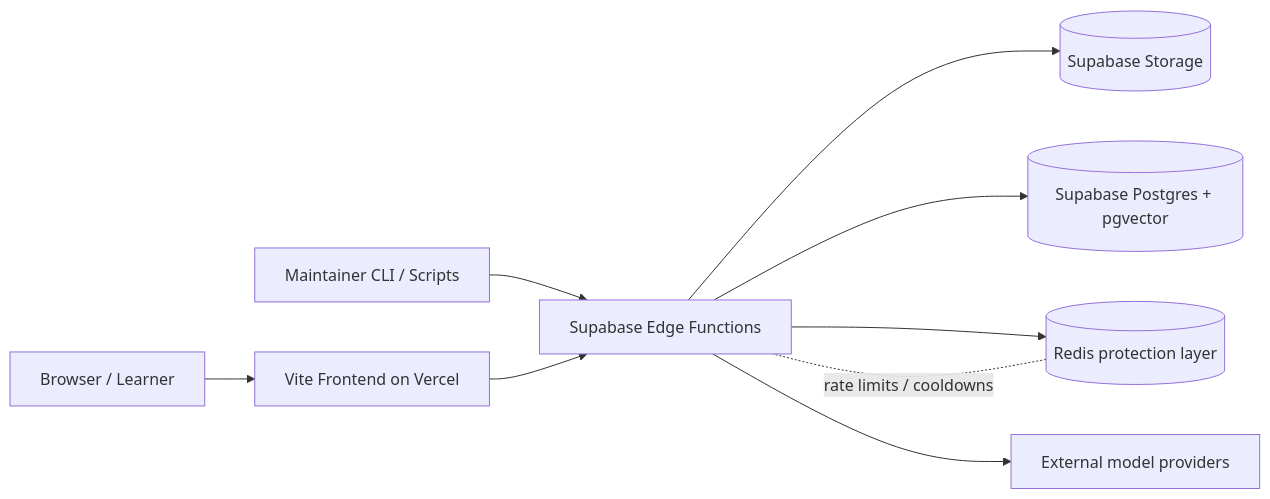
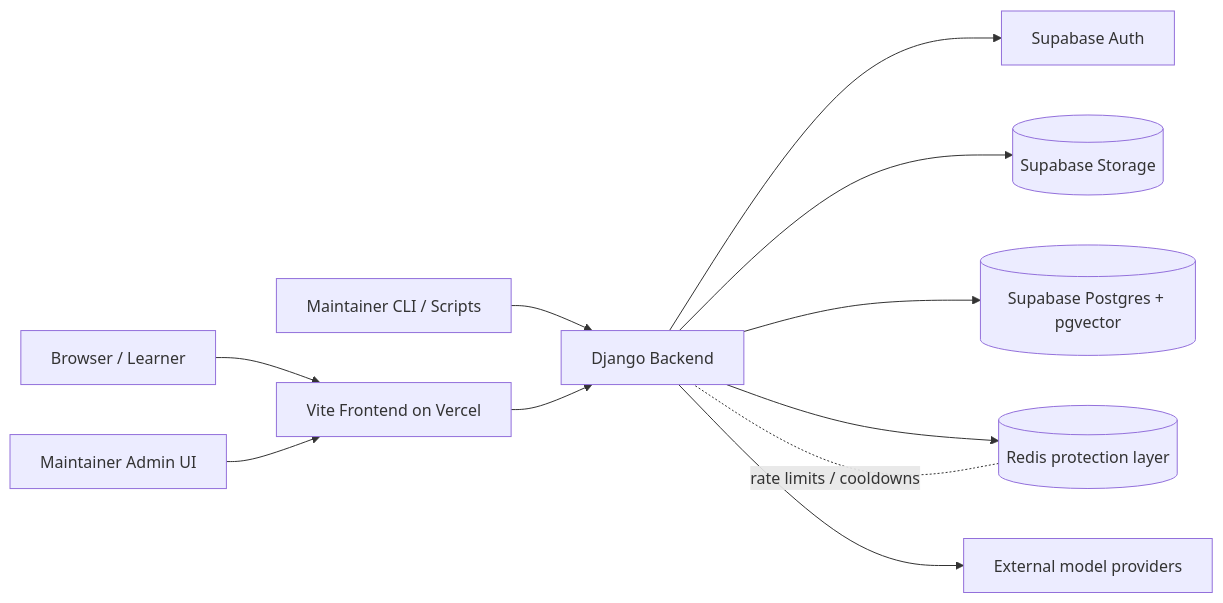
The diagram in _bmad-output/planning-artifacts/epics.md (Nakk00/global-governance), drawn with Mermaid before and after one commit. The commit also changed other lines of this file and 67 other files, not shown here.

Commit message:
feat: establish django backend foundation

````diff
--- a/_bmad-output/planning-artifacts/epics.md
+++ b/_bmad-output/planning-artifacts/epics.md
@@ -144,11 +150,13 @@
 ```mermaid
 flowchart LR
   U[Browser / Learner] --> F[Vite Frontend on Vercel]
-  M[Maintainer CLI / Scripts] --> SF[Supabase Edge Functions]
-  F --> SF
-  SF --> S[(Supabase Storage)]
-  SF --> P[(Supabase Postgres + pgvector)]
-  SF --> R[(Redis protection layer)]
-  SF --> L[External model providers]
-  R -. rate limits / cooldowns .- SF
+  A[Maintainer Admin UI] --> F
+  M[Maintainer CLI / Scripts] --> D[Django Backend]
+  F --> D
+  D --> SA[Supabase Auth]
+  D --> S[(Supabase Storage)]
+  D --> P[(Supabase Postgres + pgvector)]
+  D --> R[(Redis protection layer)]
+  D --> L[External model providers]
+  R -. rate limits / cooldowns .- D
 ```
````
